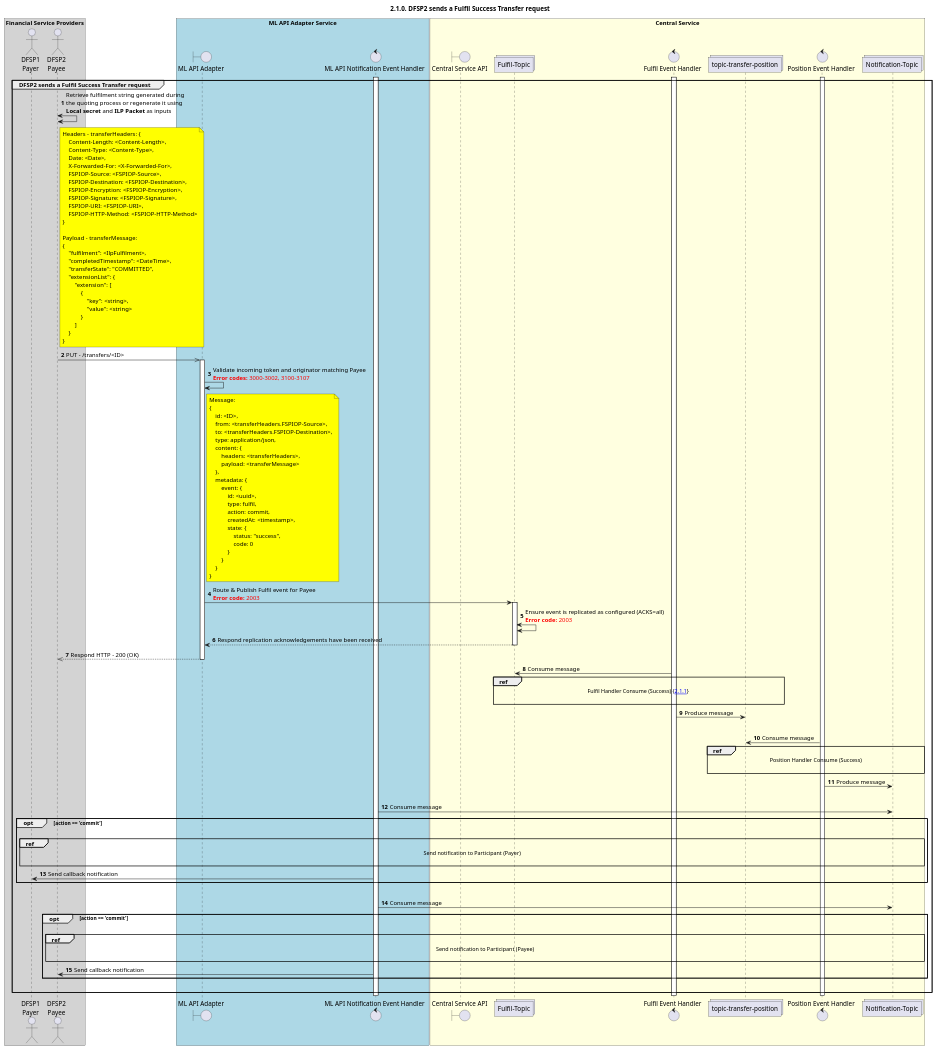
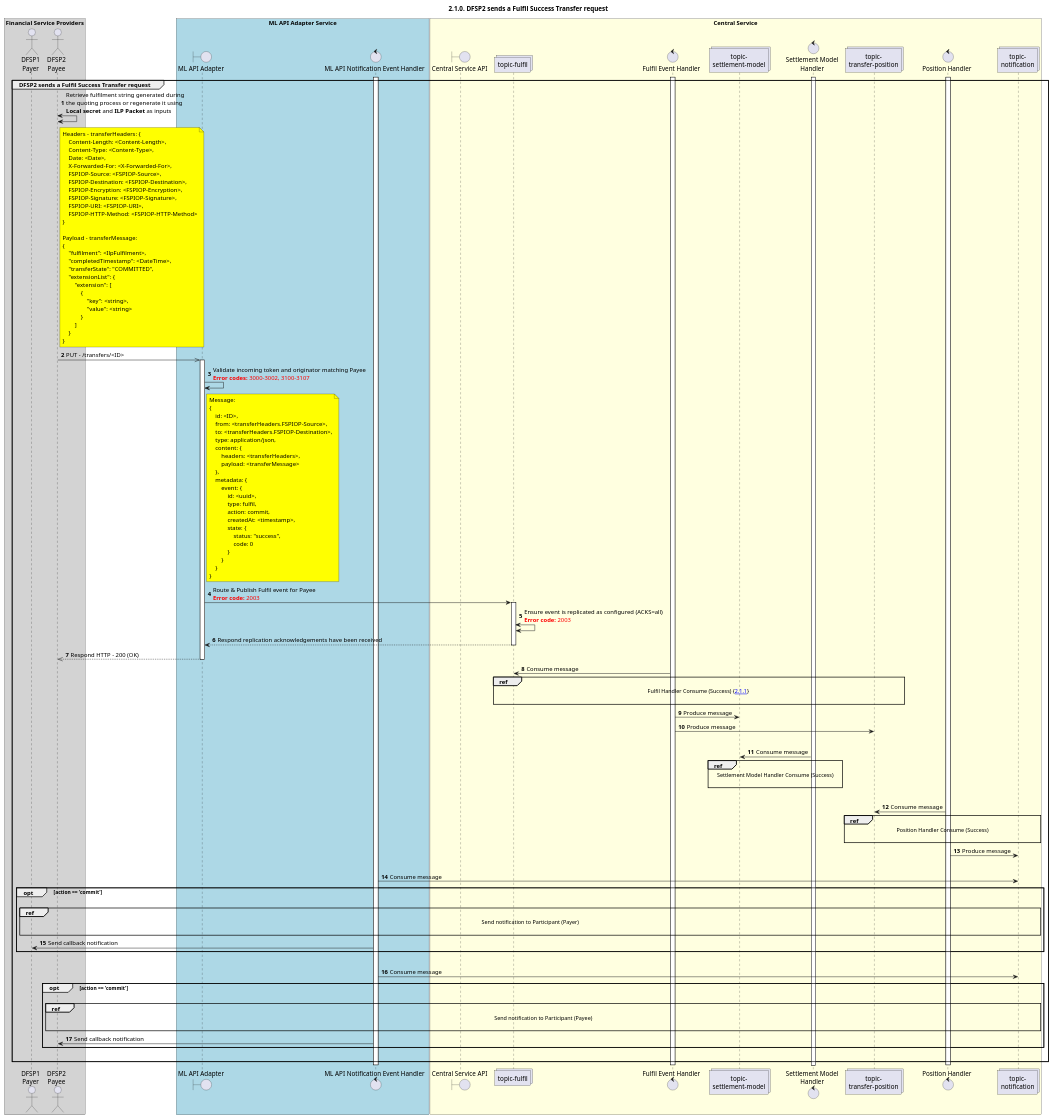
The diagram in mojaloop-technical-overview/central-ledger/assets/diagrams/sequence/seq-fulfil-2.1.0.plantuml (mojaloop/documentation), drawn with PlantUML before and after one commit. The commit also changed 11 other files, not shown here.

Commit message:
Updated sequence diagrams

```diff
--- a/mojaloop-technical-overview/central-ledger/assets/diagrams/sequence/seq-fulfil-2.1.0.plantuml
+++ b/mojaloop-technical-overview/central-ledger/assets/diagrams/sequence/seq-fulfil-2.1.0.plantuml
@@ -26,140 +26,149 @@
 @startuml
 ' declate title
 title 2.1.0. DFSP2 sends a Fulfil Success Transfer request
 
 autonumber
 ' Actor Keys:
 '   boundary - APIs/Interfaces, etc
 '   collections - Kafka Topics
 '   control - Kafka Consumers
 '   entity - Database Access Objects
 '   database - Database Persistance Store
 
 ' declare actors
 actor "DFSP1\nPayer" as DFSP1
 actor "DFSP2\nPayee" as DFSP2
 boundary "ML API Adapter" as MLAPI
 control "ML API Notification Event Handler" as NOTIFY_HANDLER
 boundary "Central Service API" as CSAPI
-collections "Fulfil-Topic" as TOPIC_FULFIL
+collections "topic-fulfil" as TOPIC_FULFIL
 control "Fulfil Event Handler" as FULF_HANDLER
-collections "topic-transfer-position" as TOPIC_TRANSFER_POSITION
-control "Position Event Handler" as POS_HANDLER
-collections "Notification-Topic" as TOPIC_NOTIFICATIONS
+collections "topic-\nsettlement-model" as TOPIC_SETMODEL
+control "Settlement Model\nHandler" as SETMODEL_HANDLER
+collections "topic-\ntransfer-position" as TOPIC_TRANSFER_POSITION
+control "Position Handler" as POS_HANDLER
+collections "topic-\nnotification" as TOPIC_NOTIFICATIONS
 
 box "Financial Service Providers" #lightGray
 	participant DFSP1
 	participant DFSP2
 end box
 
 box "ML API Adapter Service" #LightBlue
 	participant MLAPI
 	participant NOTIFY_HANDLER
 end box
 
 box "Central Service" #LightYellow
     participant CSAPI
 	participant TOPIC_FULFIL
     participant FULF_HANDLER
+    participant TOPIC_SETMODEL
+    participant SETMODEL_HANDLER
     participant TOPIC_TRANSFER_POSITION
     participant POS_HANDLER
     participant TOPIC_NOTIFICATIONS
 end box
 
 ' start flow
 activate NOTIFY_HANDLER
 activate FULF_HANDLER
+activate SETMODEL_HANDLER
 activate POS_HANDLER
 group DFSP2 sends a Fulfil Success Transfer request
     DFSP2 <-> DFSP2: Retrieve fulfilment string generated during\nthe quoting process or regenerate it using\n**Local secret** and **ILP Packet** as inputs
     note right of DFSP2 #yellow
         Headers - transferHeaders: {
             Content-Length: <Content-Length>,
             Content-Type: <Content-Type>,
             Date: <Date>,
             X-Forwarded-For: <X-Forwarded-For>,
             FSPIOP-Source: <FSPIOP-Source>,
             FSPIOP-Destination: <FSPIOP-Destination>,
             FSPIOP-Encryption: <FSPIOP-Encryption>,
             FSPIOP-Signature: <FSPIOP-Signature>,
             FSPIOP-URI: <FSPIOP-URI>,
             FSPIOP-HTTP-Method: <FSPIOP-HTTP-Method>
         }
 
         Payload - transferMessage:
         {
             "fulfilment": <IlpFulfilment>,
             "completedTimestamp": <DateTime>,
             "transferState": "COMMITTED",
             "extensionList": {
                 "extension": [
                     {
                         "key": <string>,
                         "value": <string>
                     }
                 ]
             }
         }
     end note
     DFSP2 ->> MLAPI: PUT - /transfers/<ID>
     activate MLAPI
     MLAPI -> MLAPI: Validate incoming token and originator matching Payee\n<color #FF0000><b>Error codes:</b> 3000-3002, 3100-3107</color>
     note right of MLAPI #yellow
         Message:
         {
             id: <ID>,
             from: <transferHeaders.FSPIOP-Source>,
             to: <transferHeaders.FSPIOP-Destination>,
             type: application/json,
             content: {
                 headers: <transferHeaders>,
                 payload: <transferMessage>
             },
             metadata: {
                 event: {
                     id: <uuid>,
                     type: fulfil,
                     action: commit,
                     createdAt: <timestamp>,
                     state: {
                         status: "success",
                         code: 0
                     }
                 }
             }
         }
     end note
     MLAPI -> TOPIC_FULFIL: Route & Publish Fulfil event for Payee\n<color #FF0000><b>Error code:</b> 2003</color>
     activate TOPIC_FULFIL
     TOPIC_FULFIL <-> TOPIC_FULFIL: Ensure event is replicated as configured (ACKS=all)\n<color #FF0000><b>Error code:</b> 2003</color>
     TOPIC_FULFIL --> MLAPI: Respond replication acknowledgements have been received
     deactivate TOPIC_FULFIL
     MLAPI -->> DFSP2: Respond HTTP - 200 (OK)
     deactivate MLAPI
     TOPIC_FULFIL <- FULF_HANDLER: Consume message
     ref over TOPIC_FULFIL, TOPIC_TRANSFER_POSITION: Fulfil Handler Consume (Success) {[[https://github.com/mojaloop/documentation/tree/master/mojaloop-technical-overview/central-ledger/assets/diagrams/sequence/seq-fulfil-2.1.1.svg 2.1.1]]} \n
+    FULF_HANDLER -> TOPIC_SETMODEL: Produce message
     FULF_HANDLER -> TOPIC_TRANSFER_POSITION: Produce message
+    |||
+    TOPIC_SETMODEL <- SETMODEL_HANDLER: Consume message
+    ref over TOPIC_SETMODEL, SETMODEL_HANDLER:  Settlement Model Handler Consume (Success)\n
     |||
     TOPIC_TRANSFER_POSITION <- POS_HANDLER: Consume message
     ref over TOPIC_TRANSFER_POSITION, TOPIC_NOTIFICATIONS:  Position Handler Consume (Success)\n
     POS_HANDLER -> TOPIC_NOTIFICATIONS: Produce message
     |||
     TOPIC_NOTIFICATIONS <- NOTIFY_HANDLER: Consume message
     opt action == 'commit'
         |||
         ref over DFSP1, TOPIC_NOTIFICATIONS: Send notification to Participant (Payer)\n
         NOTIFY_HANDLER -> DFSP1: Send callback notification
     end
     |||
     TOPIC_NOTIFICATIONS <- NOTIFY_HANDLER: Consume message
     opt action == 'commit'
         |||
         ref over DFSP2, TOPIC_NOTIFICATIONS: Send notification to Participant (Payee)\n
         NOTIFY_HANDLER -> DFSP2: Send callback notification
     end
     |||
 end
 deactivate POS_HANDLER
 deactivate FULF_HANDLER
 deactivate NOTIFY_HANDLER
 @enduml
```
